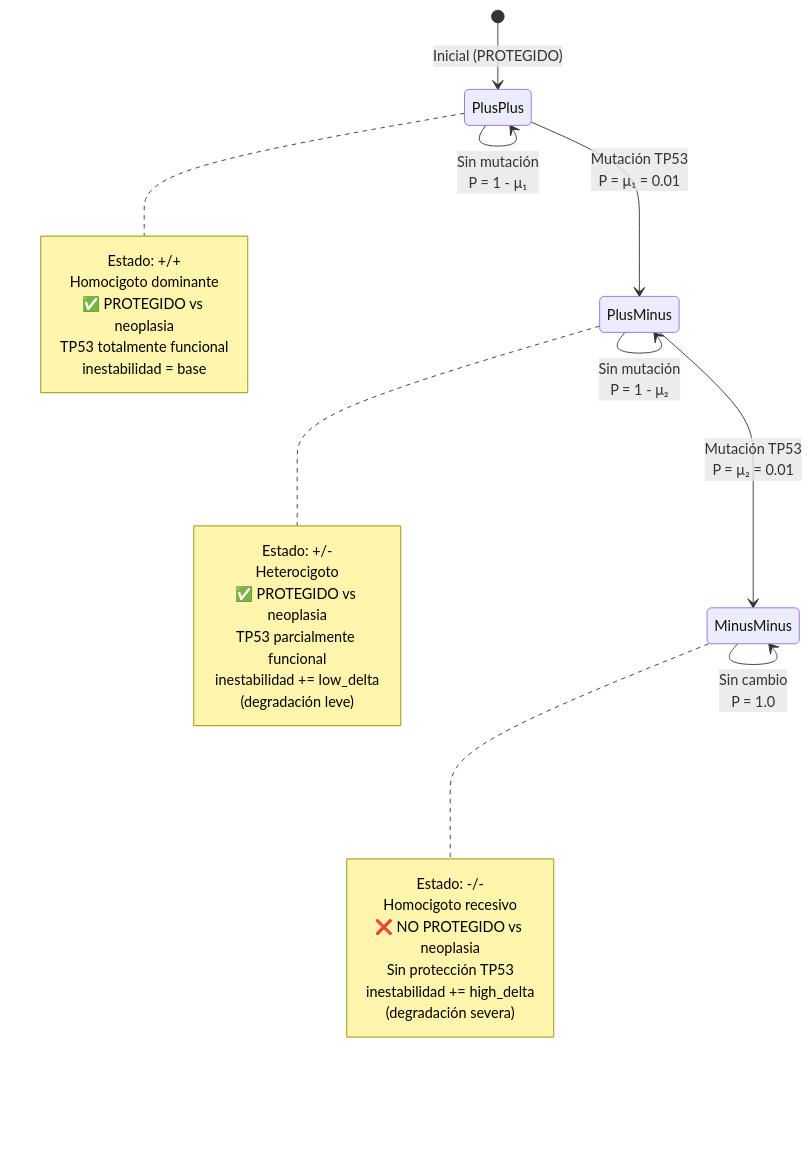
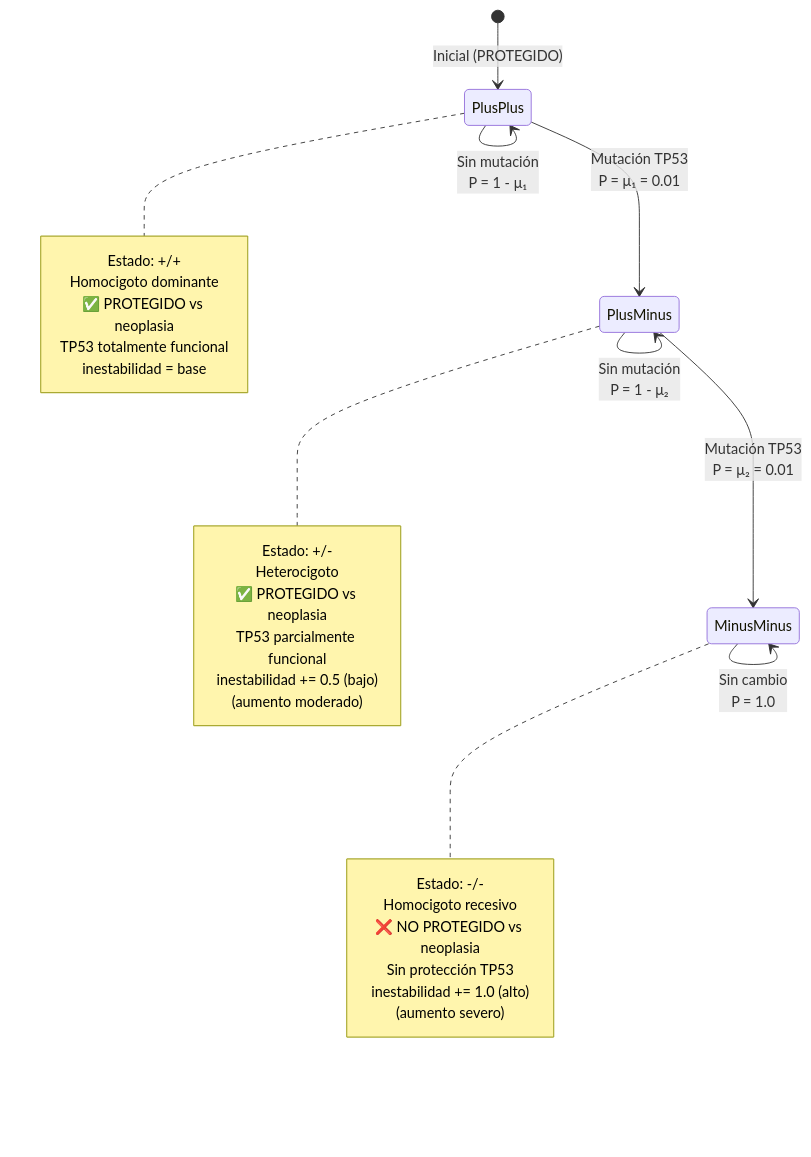
One commit to lpalomerol/cellSim changed the second of 10 diagrams in docs/diagrams-mermaid.md. Above: the diagram before and after it, drawn with Mermaid. The commit also changed other lines of this file and 15 other files, not shown here.

````diff
--- a/docs/diagrams-mermaid.md
+++ b/docs/diagrams-mermaid.md
@@ -42,38 +42,38 @@
 ```mermaid
 stateDiagram-v2
     [*] --> PlusPlus: Inicial (PROTEGIDO)
     
     PlusPlus --> PlusPlus: Sin mutación<br/>P = 1 - μ₁
     PlusPlus --> PlusMinus: Mutación TP53<br/>P = μ₁ = 0.01
     
     PlusMinus --> PlusMinus: Sin mutación<br/>P = 1 - μ₂
     PlusMinus --> MinusMinus: Mutación TP53<br/>P = μ₂ = 0.01
     
     MinusMinus --> MinusMinus: Sin cambio<br/>P = 1.0
     
     note right of PlusPlus
         Estado: +/+
         Homocigoto dominante
         ✅ PROTEGIDO vs neoplasia
         TP53 totalmente funcional
         inestabilidad = base
     end note
     
     note right of PlusMinus
         Estado: +/-
         Heterocigoto
         ✅ PROTEGIDO vs neoplasia
         TP53 parcialmente funcional
-        inestabilidad += low_delta
-        (degradación leve)
+        inestabilidad += 0.5 (bajo)
+        (aumento moderado)
     end note
     
     note right of MinusMinus
         Estado: -/-
         Homocigoto recesivo
         ❌ NO PROTEGIDO vs neoplasia
         Sin protección TP53
-        inestabilidad += high_delta
-        (degradación severa)
+        inestabilidad += 1.0 (alto)
+        (aumento severo)
     end note
 ```
````
